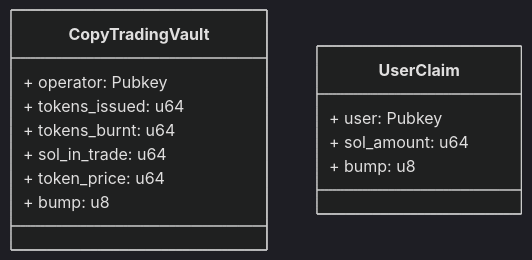
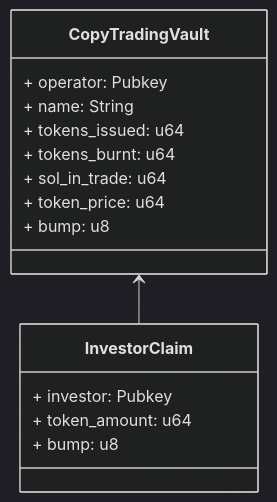
The third of 8 diagrams in docs/Architecture.md (n3m6/Q2_25_Builder_Faraz), drawn with Mermaid (dark theme) before and after one commit. The commit also changed other lines of this file, not shown here.

````diff
--- a/docs/Architecture.md
+++ b/docs/Architecture.md
@@ -38,18 +77,20 @@
 ```mermaid
 classDiagram
 class CopyTradingVault {
     + operator: Pubkey
+    + name: String
     + tokens_issued: u64
     + tokens_burnt: u64
     + sol_in_trade: u64
     + token_price: u64
     + bump: u8
 }
 
-class UserClaim {
-    + user: Pubkey
-    + sol_amount: u64
+class InvestorClaim {
+    + investor: Pubkey
+    + token_amount: u64
     + bump: u8
 }
 
+CopyTradingVault <-- InvestorClaim
 ```
````
